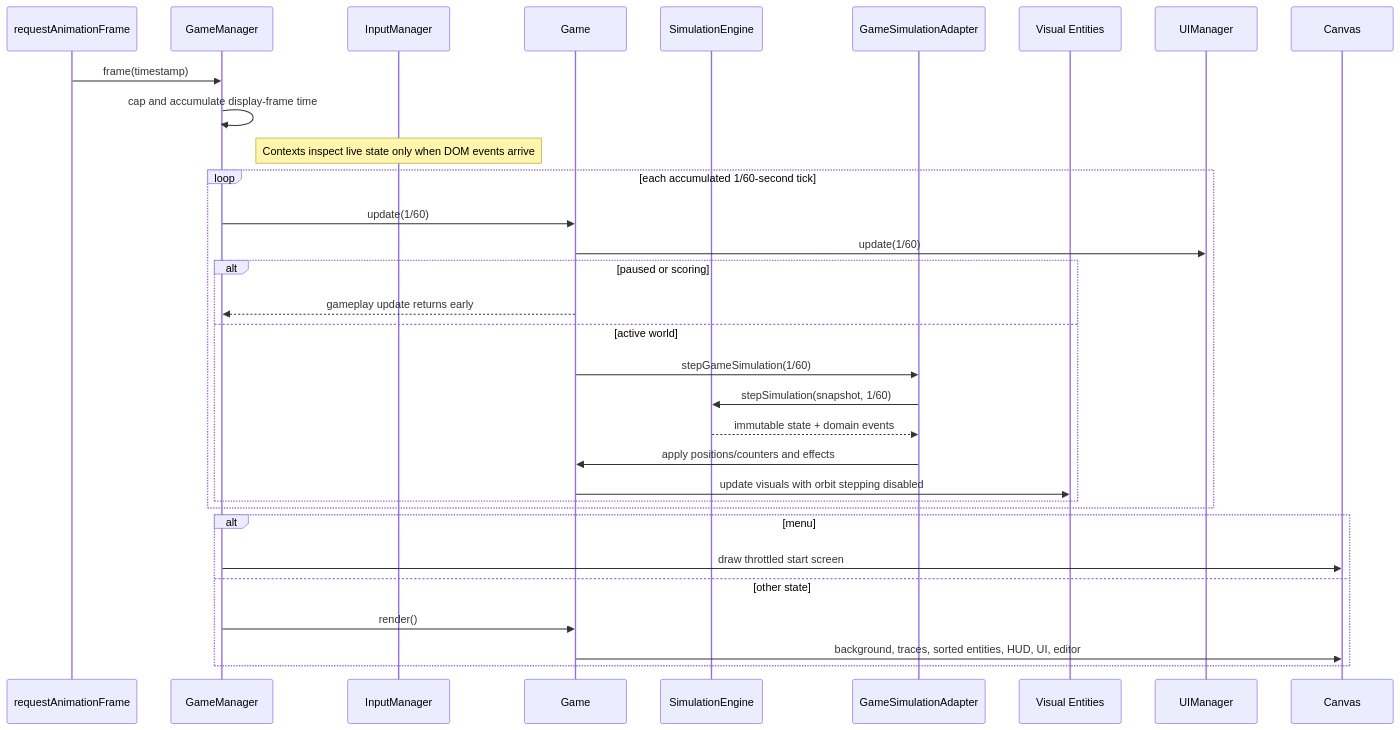
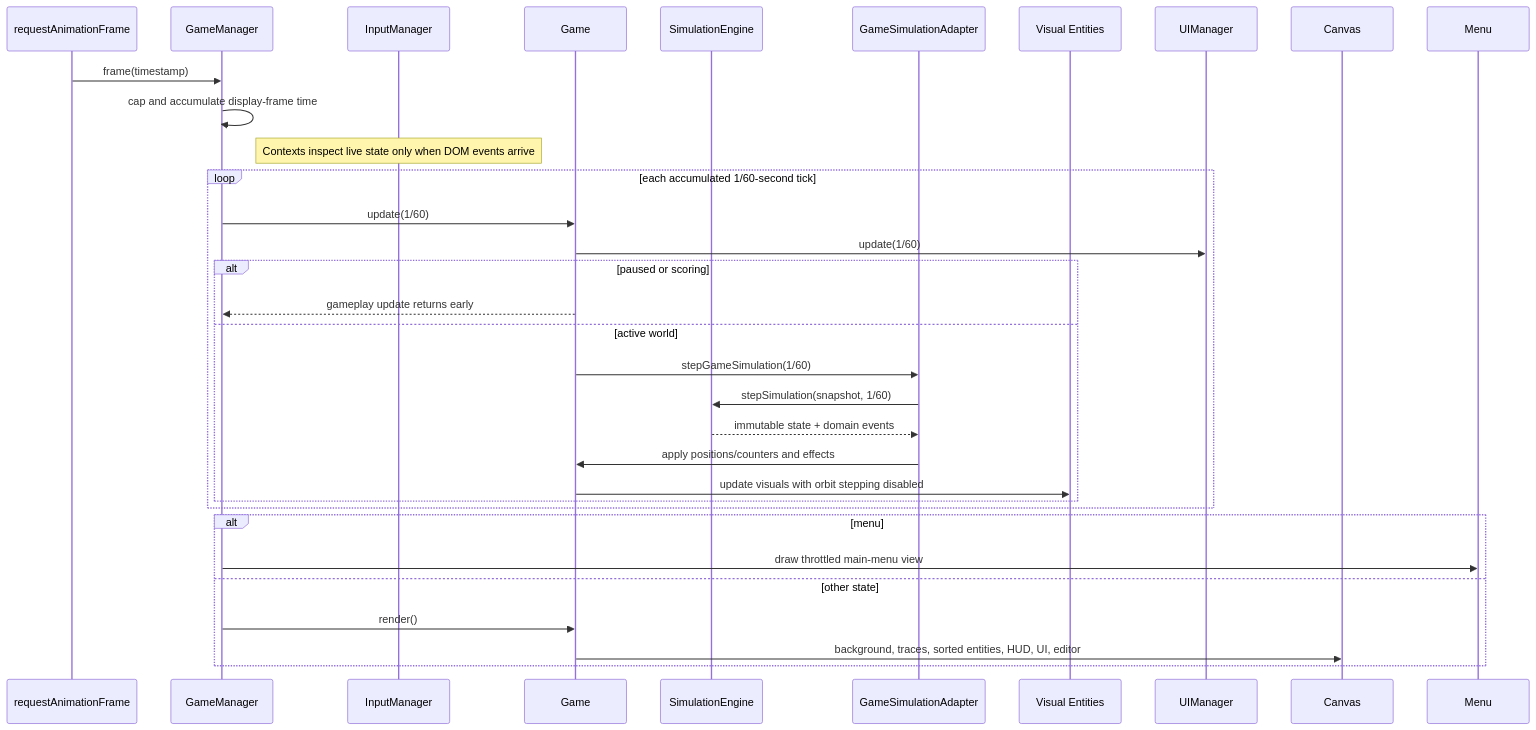
One commit to Newah1/SpacedPenguin changed the fifth of 15 diagrams in ARCHITECTURE.md. Above: the diagram before and after it, drawn with Mermaid. The commit also changed other lines of this file and 34 other files, not shown here.

````diff
--- a/ARCHITECTURE.md
+++ b/ARCHITECTURE.md
@@ -202,35 +222,35 @@
 ```mermaid
 sequenceDiagram
     participant RAF as requestAnimationFrame
     participant GM as GameManager
     participant IA as InputManager
     participant G as Game
     participant S as SimulationEngine
     participant A as GameSimulationAdapter
     participant E as Visual Entities
     participant UI as UIManager
     participant C as Canvas
 
     RAF->>GM: frame(timestamp)
     GM->>GM: cap and accumulate display-frame time
     Note over IA: Contexts inspect live state only when DOM events arrive
     loop each accumulated 1/60-second tick
         GM->>G: update(1/60)
         G->>UI: update(1/60)
         alt paused or scoring
             G-->>GM: gameplay update returns early
         else active world
             G->>A: stepGameSimulation(1/60)
             A->>S: stepSimulation(snapshot, 1/60)
             S-->>A: immutable state + domain events
             A->>G: apply positions/counters and effects
             G->>E: update visuals with orbit stepping disabled
         end
     end
     alt menu
-        GM->>C: draw throttled start screen
+        GM->>Menu: draw throttled main-menu view
     else other state
         GM->>G: render()
         G->>C: background, traces, sorted entities, HUD, UI, editor
     end
 ```
````
